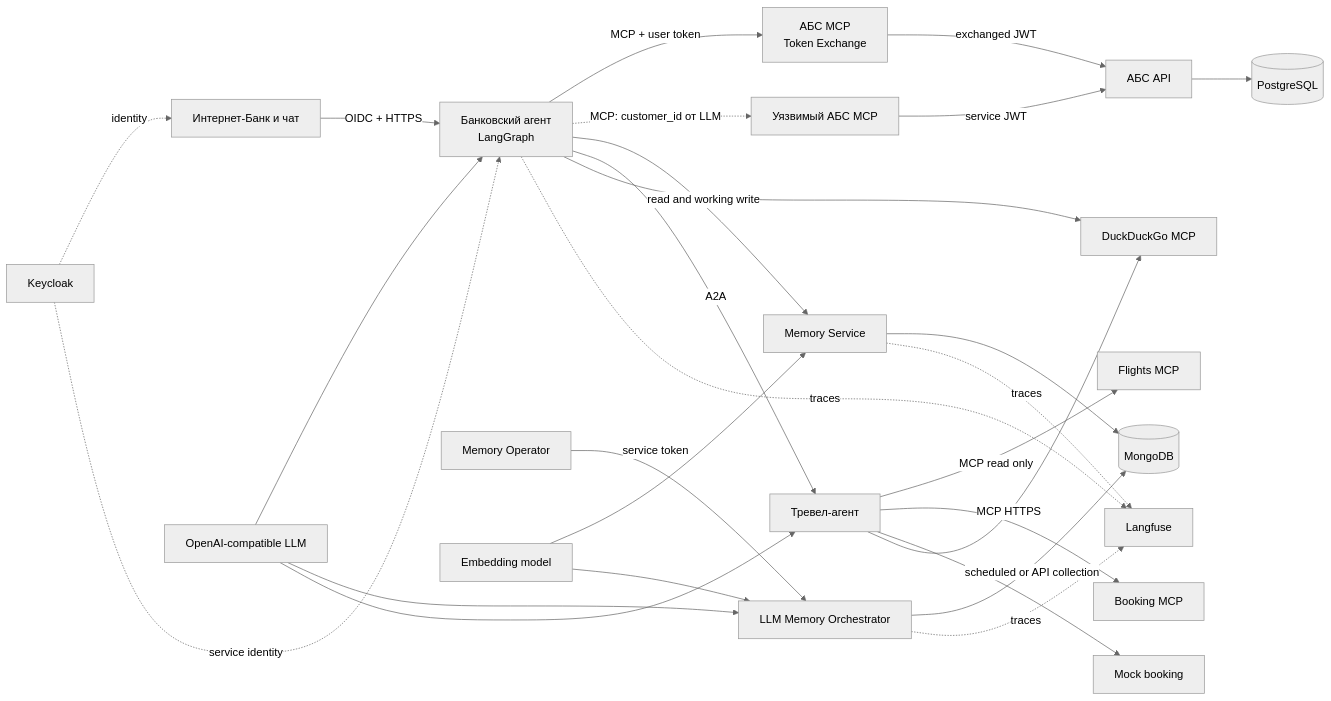
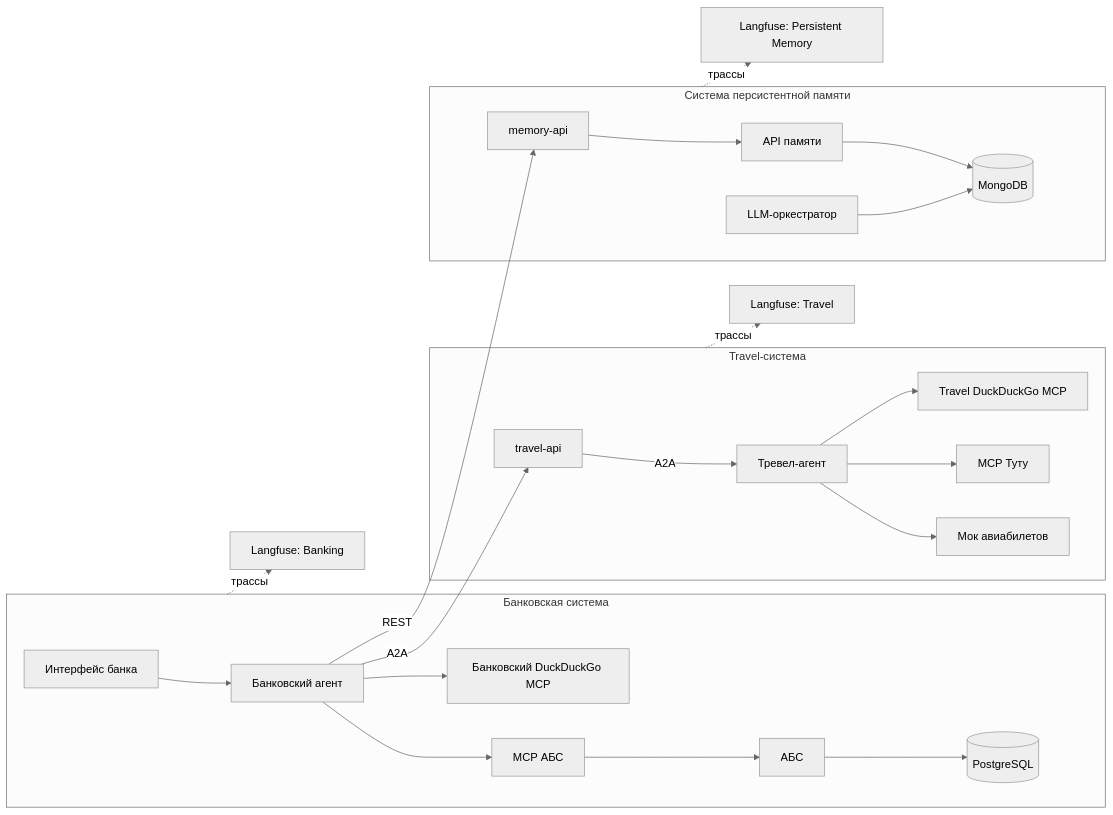
Before and after one commit to LLAMATOR-Core/agentic-banking-lab: the diagram in docs/ARCHITECTURE.md, drawn with Mermaid (neutral theme). The commit also changed other lines of this file and 52 other files, not shown here.

````diff
--- a/docs/ARCHITECTURE.md
+++ b/docs/ARCHITECTURE.md
@@ -8,32 +5,26 @@
 ```mermaid
 flowchart LR
-  UI[Интернет-Банк и чат] -->|OIDC + HTTPS| BA[Банковский агент<br/>LangGraph]
-  BA -->|MCP + user token| SM[АБС MCP<br/>Token Exchange]
-  BA -.->|MCP: customer_id от LLM| VM[Уязвимый АБС MCP]
-  SM -->|exchanged JWT| ABS[АБС API]
-  VM -->|service JWT| ABS
-  ABS --> PG[(PostgreSQL)]
-
-  BA -->|read and working write| MS[Memory Service]
-  MS --> MG[(MongoDB)]
-  OP[Memory Operator] -->|service token| MO[LLM Memory Orchestrator]
-  MO -->|scheduled or API collection| MG
-  BA -->|A2A| TA[Тревел-агент]
-  TA -->|MCP read only| AV[Flights MCP]
-  TA -->|MCP HTTPS| BK[Booking MCP]
-  TA --> MB[Mock booking]
-  BA --> DDG[DuckDuckGo MCP]
-  TA --> DDG
-
-  LLM[OpenAI-compatible LLM] --> BA
-  EMB[Embedding model] --> MS
-  EMB --> MO
-  LLM --> MO
-  LLM --> TA
-
-  KC[Keycloak] -. identity .-> UI
-  KC -. service identity .-> BA
-  BA -. traces .-> LF[Langfuse]
-  MS -. traces .-> LF
-  MO -. traces .-> LF
+  subgraph BANK[Банковская система]
+    UI[Интерфейс банка] --> BA[Банковский агент]
+    BA --> BM[MCP АБС]
+    BM --> ABS[АБС]
+    ABS --> PG[(PostgreSQL)]
+    BA --> BN[Банковский DuckDuckGo MCP]
+  end
+  subgraph TRAVEL[Travel-система]
+    TG[travel-api] -->|A2A| TA[Тревел-агент]
+    TA --> FM[Мок авиабилетов]
+    TA --> TT[MCP Туту]
+    TA --> TN[Travel DuckDuckGo MCP]
+  end
+  subgraph MEMORY[Система персистентной памяти]
+    MG[memory-api] --> MS[API памяти]
+    MS --> DB[(MongoDB)]
+    MO[LLM-оркестратор] --> DB
+  end
+  BA -->|A2A| TG
+  BA -->|REST| MG
+  BANK -. трассы .-> LB[Langfuse: Banking]
+  TRAVEL -. трассы .-> LT[Langfuse: Travel]
+  MEMORY -. трассы .-> LM[Langfuse: Persistent Memory]
 ```
````
